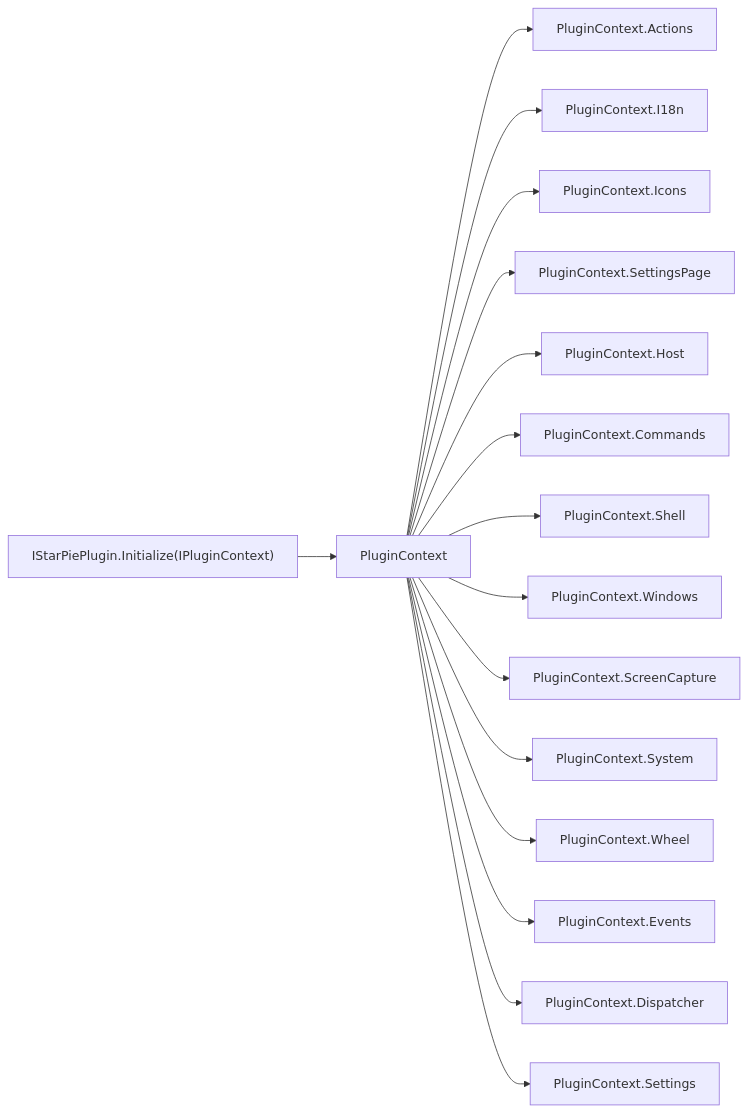
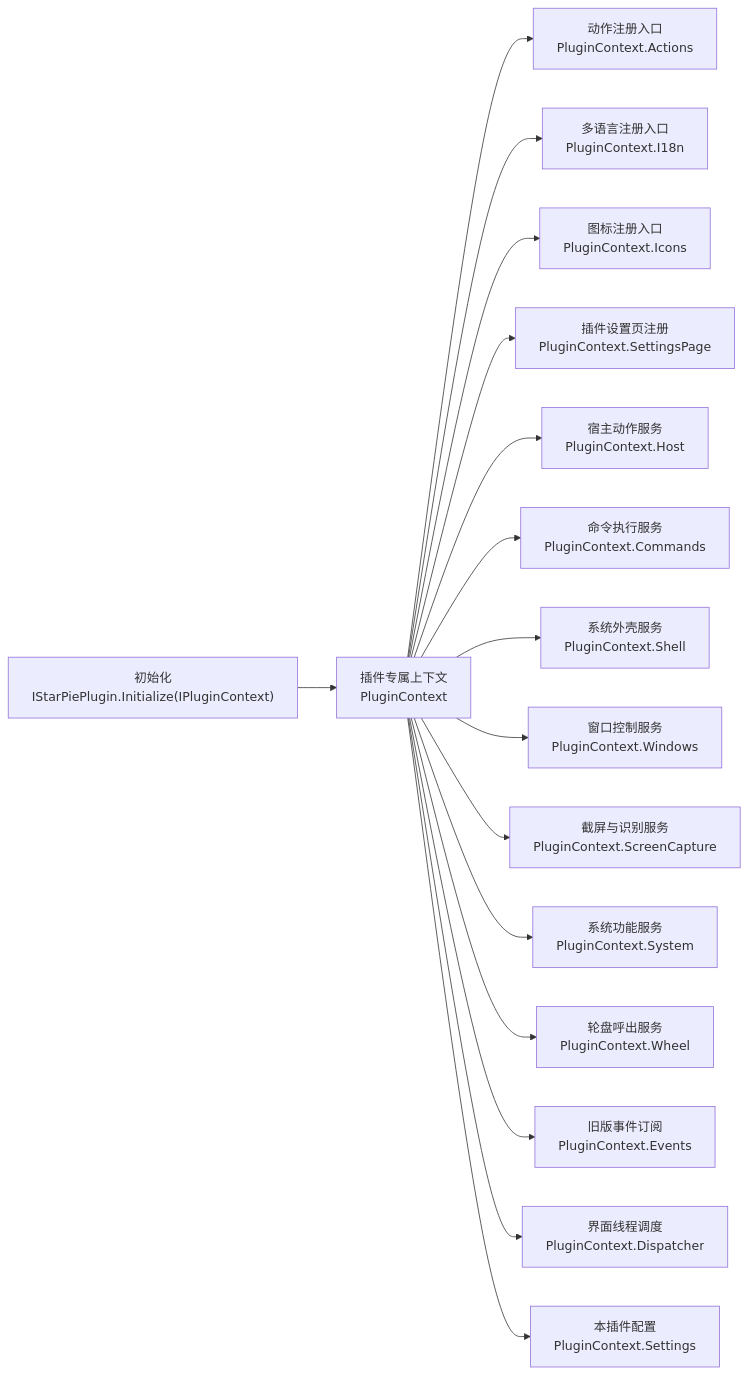
The sixth of 19 diagrams in plugin/docs/plugin-system-architecture-map.md (Masskii/StarPie), drawn with Mermaid before and after one commit. The commit also changed other lines of this file and 6 other files, not shown here.

````diff
--- a/plugin/docs/plugin-system-architecture-map.md
+++ b/plugin/docs/plugin-system-architecture-map.md
@@ -506,36 +554,36 @@
 ```mermaid
 flowchart LR
-    PLUGIN["IStarPiePlugin.Initialize(IPluginContext)"]
-    CONTEXT["PluginContext"]
+    PLUGIN["初始化<br/>IStarPiePlugin.Initialize(IPluginContext)"]
+    CONTEXT["插件专属上下文<br/>PluginContext"]
 
-    ACTIONS["PluginContext.Actions"]
-    I18N["PluginContext.I18n"]
-    ICONS["PluginContext.Icons"]
-    SETTINGS_PAGE["PluginContext.SettingsPage"]
-    HOST["PluginContext.Host"]
-    COMMANDS["PluginContext.Commands"]
-    SHELL["PluginContext.Shell"]
-    WINDOWS["PluginContext.Windows"]
-    CAPTURE["PluginContext.ScreenCapture"]
-    SYSTEM["PluginContext.System"]
-    WHEEL["PluginContext.Wheel"]
-    EVENTS["PluginContext.Events"]
-    DISPATCHER["PluginContext.Dispatcher"]
-    SETTINGS["PluginContext.Settings"]
+    ACTIONS["动作注册入口<br/>PluginContext.Actions"]
+    I18N["多语言注册入口<br/>PluginContext.I18n"]
+    ICONS["图标注册入口<br/>PluginContext.Icons"]
+    SETTINGS_PAGE["插件设置页注册<br/>PluginContext.SettingsPage"]
+    HOST["宿主动作服务<br/>PluginContext.Host"]
+    COMMANDS["命令执行服务<br/>PluginContext.Commands"]
+    SHELL["系统外壳服务<br/>PluginContext.Shell"]
+    WINDOWS["窗口控制服务<br/>PluginContext.Windows"]
+    CAPTURE["截屏与识别服务<br/>PluginContext.ScreenCapture"]
+    SYSTEM["系统功能服务<br/>PluginContext.System"]
+    WHEEL["轮盘呼出服务<br/>PluginContext.Wheel"]
+    EVENTS["旧版事件订阅<br/>PluginContext.Events"]
+    DISPATCHER["界面线程调度<br/>PluginContext.Dispatcher"]
+    SETTINGS["本插件配置<br/>PluginContext.Settings"]
 
     PLUGIN --> CONTEXT
     CONTEXT --> ACTIONS
     CONTEXT --> I18N
     CONTEXT --> ICONS
     CONTEXT --> SETTINGS_PAGE
     CONTEXT --> HOST
     CONTEXT --> COMMANDS
     CONTEXT --> SHELL
     CONTEXT --> WINDOWS
     CONTEXT --> CAPTURE
     CONTEXT --> SYSTEM
     CONTEXT --> WHEEL
     CONTEXT --> EVENTS
     CONTEXT --> DISPATCHER
     CONTEXT --> SETTINGS
 ```
````
